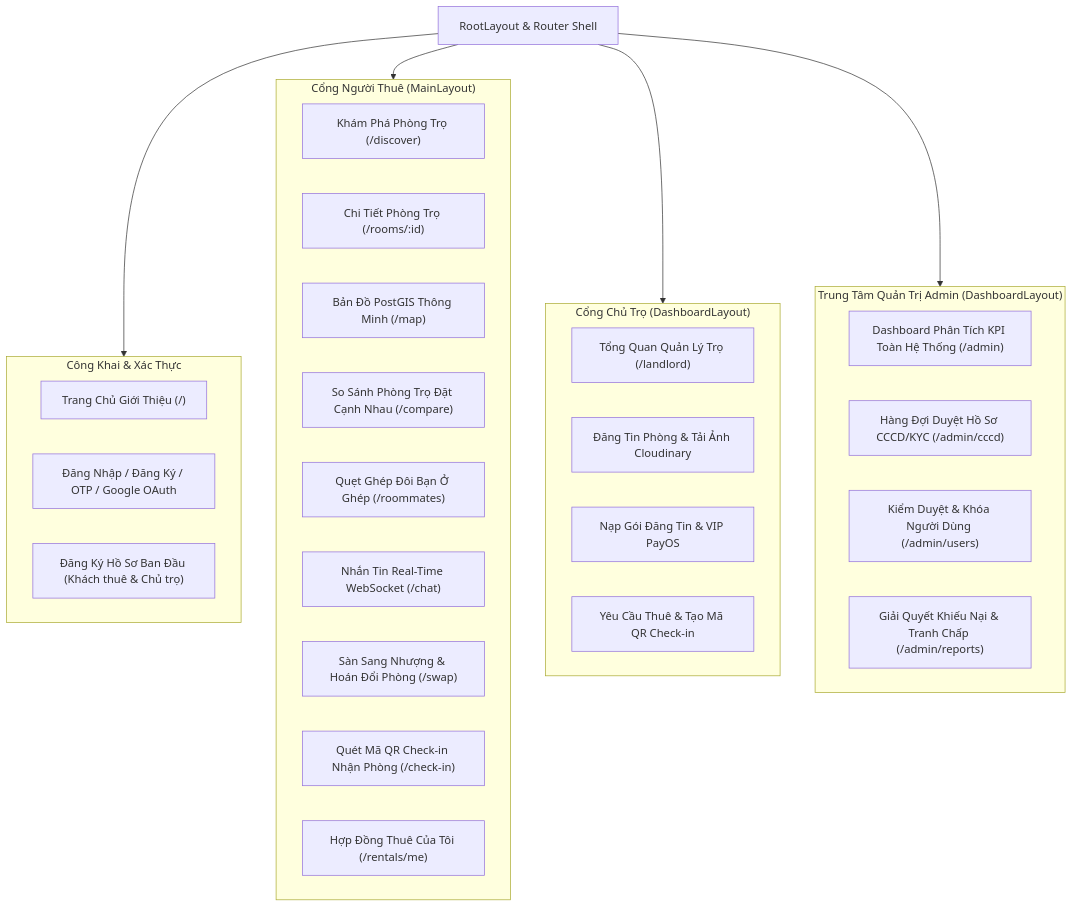
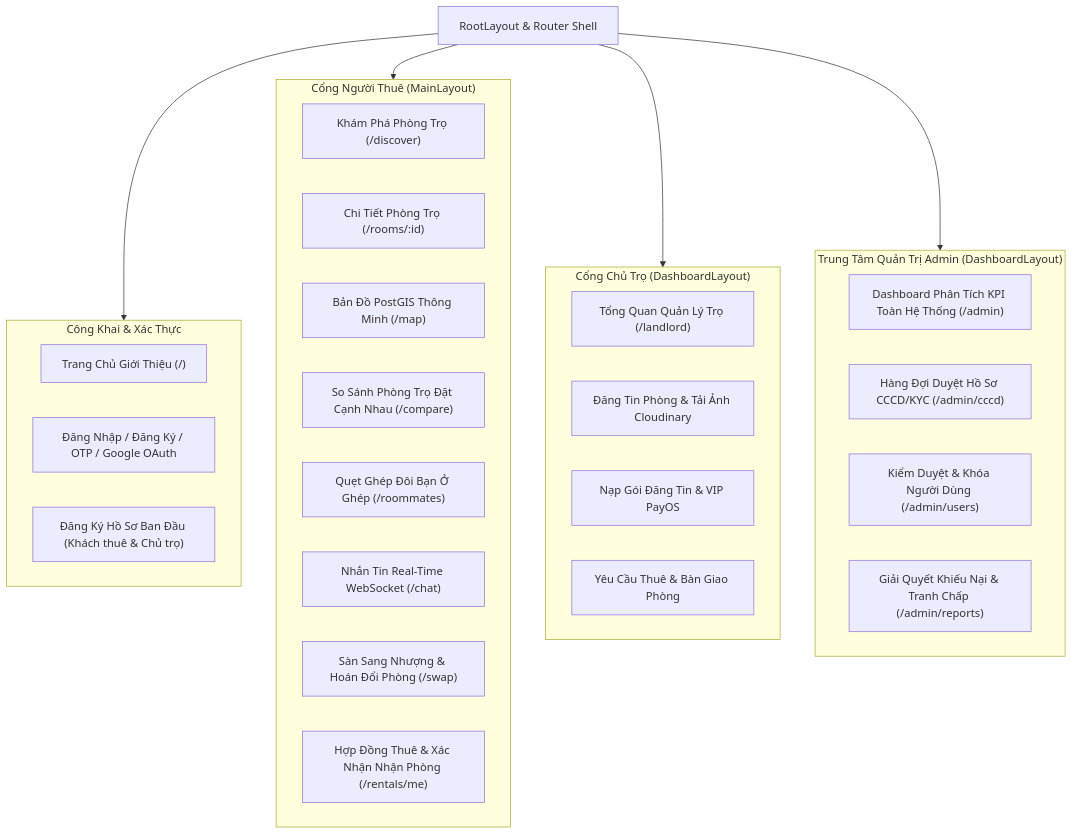
One commit to TruongHai-SE/phongtroxanh-frontend changed the diagram in README.vi.md. Above: the diagram before and after it, drawn with Mermaid. The commit also changed other lines of this file and 5 other files, not shown here.

````diff
--- a/README.vi.md
+++ b/README.vi.md
@@ -57,41 +57,40 @@
 ```mermaid
 flowchart TD
     AppShell["RootLayout & Router Shell"]
     
     subgraph PublicAuth["Công Khai & Xác Thực"]
         LandingPage["Trang Chủ Giới Thiệu (/)"]
         AuthFlow["Đăng Nhập / Đăng Ký / OTP / Google OAuth"]
         OnboardingFlow["Đăng Ký Hồ Sơ Ban Đầu (Khách thuê & Chủ trọ)"]
     end
 
     subgraph TenantPortal["Cổng Người Thuê (MainLayout)"]
         Discover["Khám Phá Phòng Trọ (/discover)"]
         RoomDetail["Chi Tiết Phòng Trọ (/rooms/:id)"]
         MapView["Bản Đồ PostGIS Thông Minh (/map)"]
         CompareRooms["So Sánh Phòng Trọ Đặt Cạnh Nhau (/compare)"]
         RoommateFeed["Quẹt Ghép Đôi Bạn Ở Ghép (/roommates)"]
         ChatHub["Nhắn Tin Real-Time WebSocket (/chat)"]
         TenantSwap["Sàn Sang Nhượng & Hoán Đổi Phòng (/swap)"]
-        CheckIn["Quét Mã QR Check-in Nhận Phòng (/check-in)"]
-        Rentals["Hợp Đồng Thuê Của Tôi (/rentals/me)"]
+        Rentals["Hợp Đồng Thuê & Xác Nhận Nhận Phòng (/rentals/me)"]
     end
 
     subgraph LandlordPortal["Cổng Chủ Trọ (DashboardLayout)"]
         LandlordDash["Tổng Quan Quản Lý Trọ (/landlord)"]
         RoomMgmt["Đăng Tin Phòng & Tải Ảnh Cloudinary"]
         SubPackages["Nạp Gói Đăng Tin & VIP PayOS"]
-        TenantRequests["Yêu Cầu Thuê & Tạo Mã QR Check-in"]
+        TenantRequests["Yêu Cầu Thuê & Bàn Giao Phòng"]
     end
 
     subgraph AdminPortal["Trung Tâm Quản Trị Admin (DashboardLayout)"]
         AdminOverview["Dashboard Phân Tích KPI Toàn Hệ Thống (/admin)"]
         CccdQueue["Hàng Đợi Duyệt Hồ Sơ CCCD/KYC (/admin/cccd)"]
         UserMgmt["Kiểm Duyệt & Khóa Người Dùng (/admin/users)"]
         ReportsMgmt["Giải Quyết Khiếu Nại & Tranh Chấp (/admin/reports)"]
     end
 
     AppShell --> PublicAuth
     AppShell --> TenantPortal
     AppShell --> LandlordPortal
     AppShell --> AdminPortal
 ```
````
